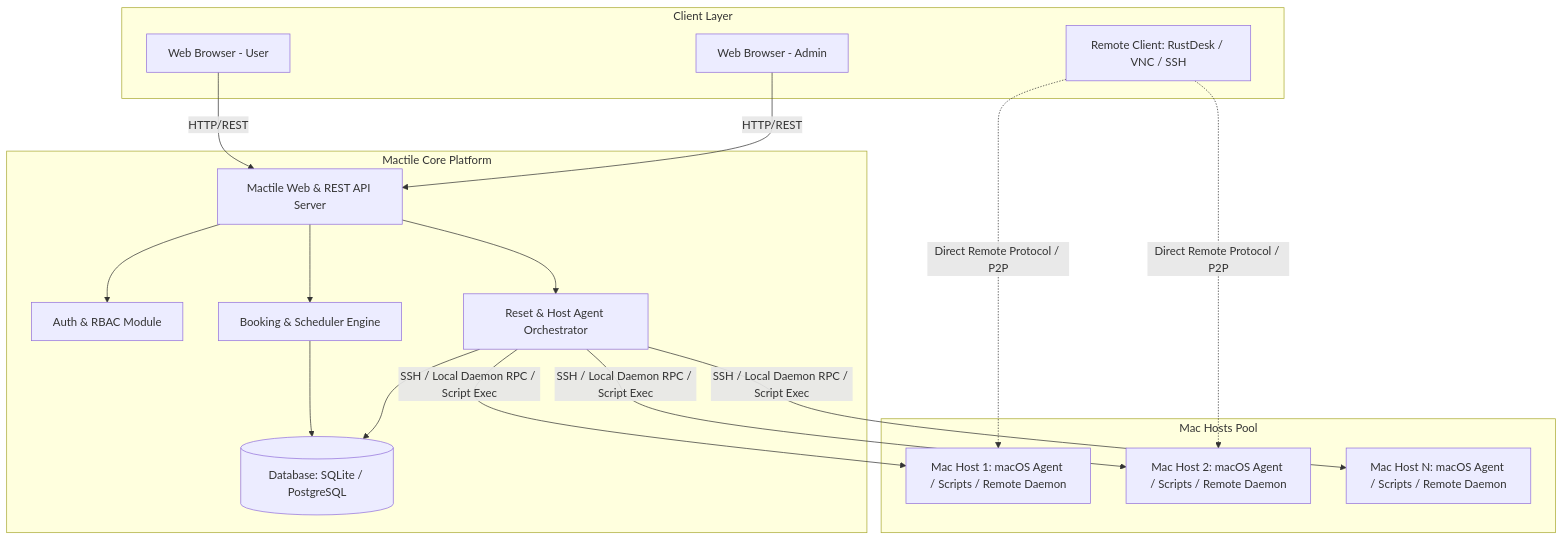
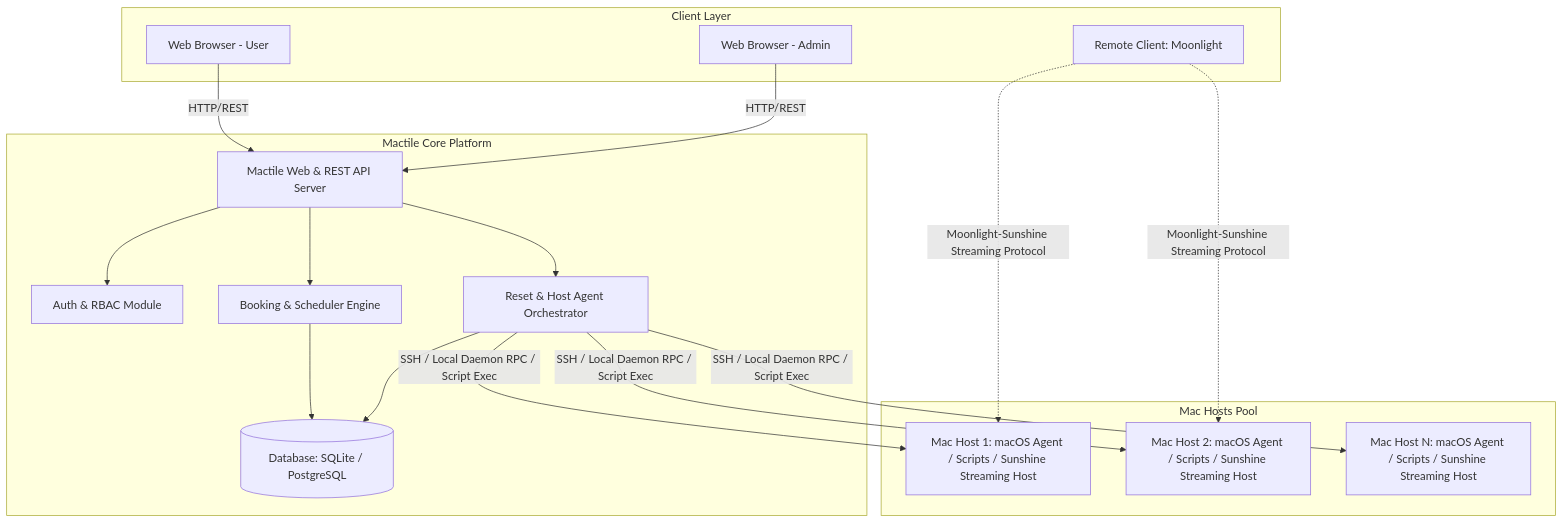
One commit to Sc4ll0pS/LAB-DOC changed the first of 3 diagrams in docs/requirements_specification.md. Above: the diagram before and after it, drawn with Mermaid. The commit also changed other lines of this file and 3 other files, not shown here.

````diff
--- a/docs/requirements_specification.md
+++ b/docs/requirements_specification.md
@@ -61,37 +62,37 @@
 ```mermaid
 flowchart TB
     subgraph Client_Layer [Client Layer]
         U[Web Browser - User]
         A[Web Browser - Admin]
-        RC[Remote Client: RustDesk / VNC / SSH]
+        RC[Remote Client: Moonlight]
     end
 
     subgraph Service_Layer [Mactile Core Platform]
         API[Mactile Web & REST API Server]
         Auth[Auth & RBAC Module]
         Scheduler[Booking & Scheduler Engine]
         ResetEngine[Reset & Host Agent Orchestrator]
         DB[(Database: SQLite / PostgreSQL)]
     end
 
     subgraph Host_Layer [Mac Hosts Pool]
-        Host1[Mac Host 1: macOS Agent / Scripts / Remote Daemon]
-        Host2[Mac Host 2: macOS Agent / Scripts / Remote Daemon]
-        HostN[Mac Host N: macOS Agent / Scripts / Remote Daemon]
+        Host1[Mac Host 1: macOS Agent / Scripts / Sunshine Streaming Host]
+        Host2[Mac Host 2: macOS Agent / Scripts / Sunshine Streaming Host]
+        HostN[Mac Host N: macOS Agent / Scripts / Sunshine Streaming Host]
     end
 
     U -->|HTTP/REST| API
     A -->|HTTP/REST| API
     API --> Auth
     API --> Scheduler
     API --> ResetEngine
     Scheduler --> DB
     ResetEngine --> DB
     
     ResetEngine -->|SSH / Local Daemon RPC / Script Exec| Host1
     ResetEngine -->|SSH / Local Daemon RPC / Script Exec| Host2
     ResetEngine -->|SSH / Local Daemon RPC / Script Exec| HostN
     
-    RC -.->|Direct Remote Protocol / P2P| Host1
-    RC -.->|Direct Remote Protocol / P2P| Host2
+    RC -.->|Moonlight-Sunshine Streaming Protocol| Host1
+    RC -.->|Moonlight-Sunshine Streaming Protocol| Host2
 ```
````
